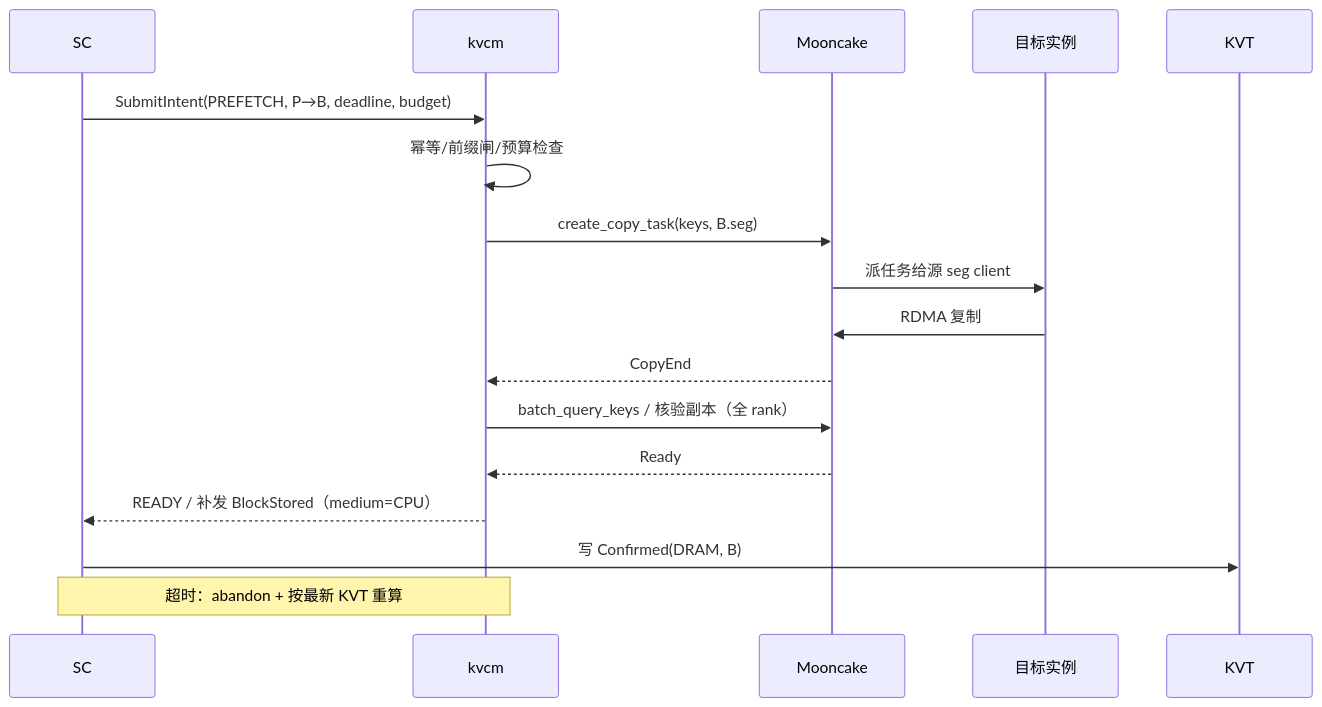
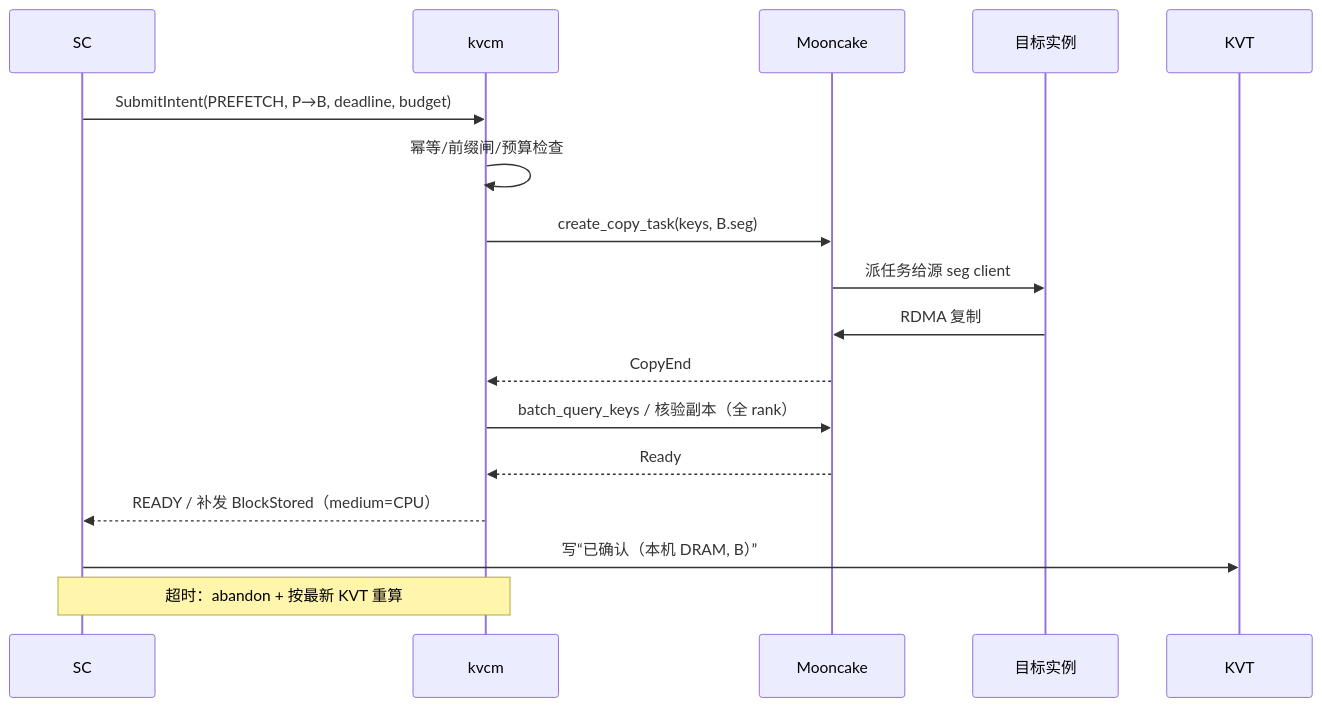
The third of 10 diagrams in kvcm/design/D8b-scheduling-sequences.md (5x8-40/lake), drawn with Mermaid before and after one commit. The commit also changed other lines of this file and 4 other files, not shown here.

````diff
--- a/kvcm/design/D8b-scheduling-sequences.md
+++ b/kvcm/design/D8b-scheduling-sequences.md
@@ -72,20 +72,20 @@
 ```mermaid
 sequenceDiagram
     participant R as SC
     participant K as kvcm
     participant M as Mooncake
     participant W as 目标实例
     participant KVT as KVT
 
     R->>K: SubmitIntent(PREFETCH, P→B, deadline, budget)
     K->>K: 幂等/前缀闸/预算检查
     K->>M: create_copy_task(keys, B.seg)
     M->>W: 派任务给源 seg client
     W->>M: RDMA 复制
     M-->>K: CopyEnd
     K->>M: batch_query_keys / 核验副本（全 rank）
     M-->>K: Ready
     K-->>R: READY / 补发 BlockStored（medium=CPU）
-    R->>KVT: 写 Confirmed(DRAM, B)
+    R->>KVT: 写“已确认（本机 DRAM, B）”
     Note over R,K: 超时：abandon + 按最新 KVT 重算
 ```
````
